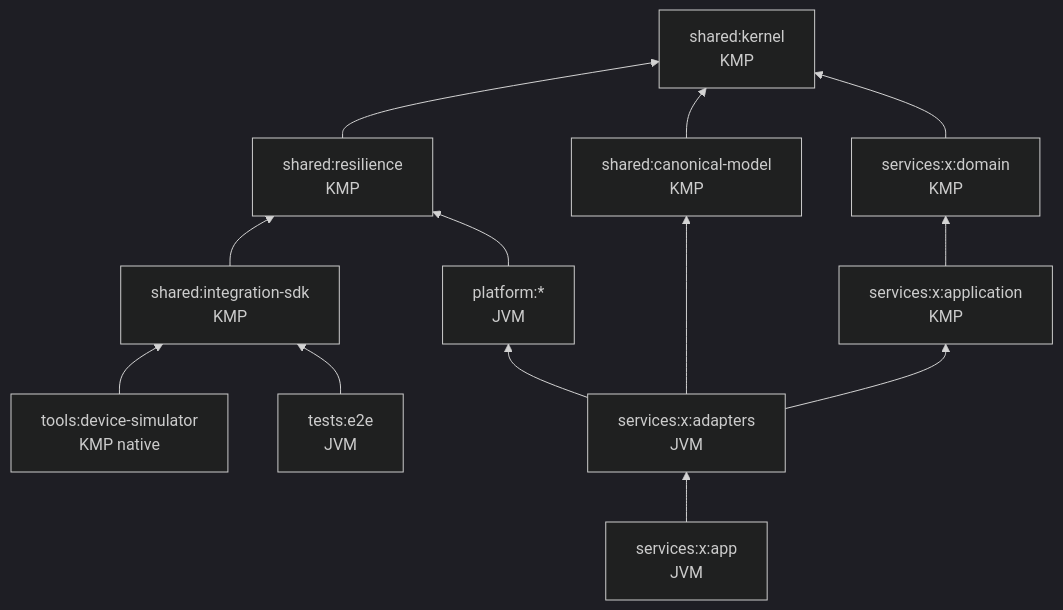
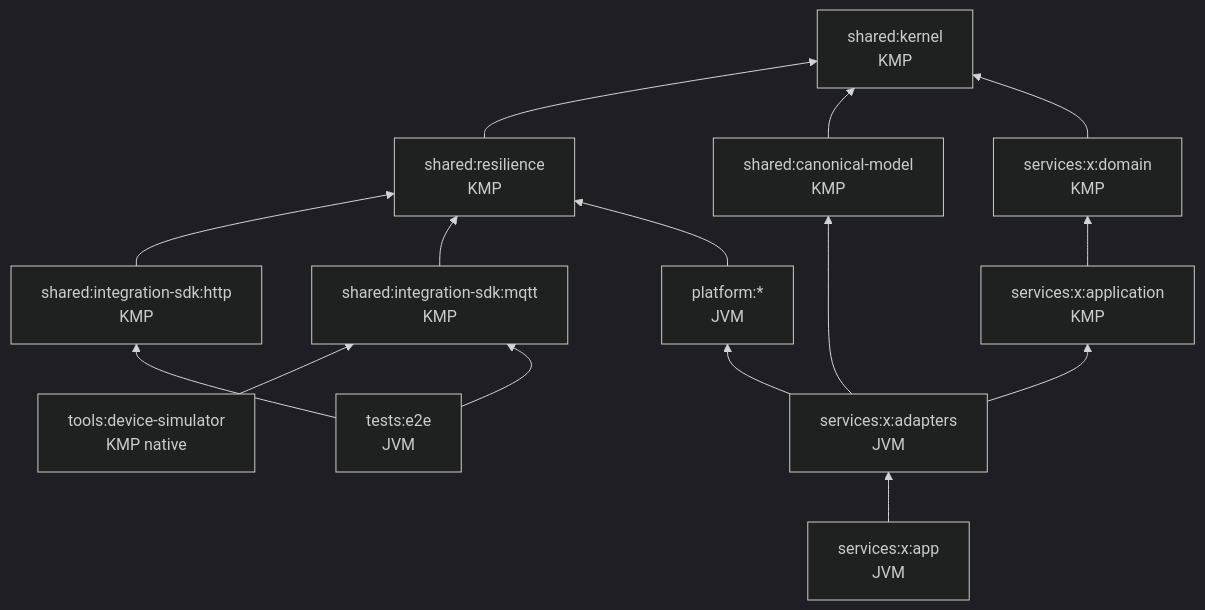
Before and after one commit to io0323/enterprise-integration-architecture-framework: the diagram in docs/implementation/MODULE_DESIGN.md, drawn with Mermaid (dark theme). The commit also changed other lines of this file and 25 other files, not shown here.

````diff
--- a/docs/implementation/MODULE_DESIGN.md
+++ b/docs/implementation/MODULE_DESIGN.md
@@ -30,16 +32,18 @@
 ```mermaid
 flowchart BT
   kernel[shared:kernel<br/>KMP]
   res[shared:resilience<br/>KMP] --> kernel
   canon[shared:canonical-model<br/>KMP] --> kernel
-  sdk[shared:integration-sdk<br/>KMP] --> res
+  sdkhttp[shared:integration-sdk:http<br/>KMP] --> res
+  sdkmqtt[shared:integration-sdk:mqtt<br/>KMP] --> res
   dom[services:x:domain<br/>KMP] --> kernel
   app[services:x:application<br/>KMP] --> dom
   adp[services:x:adapters<br/>JVM] --> app
   adp --> canon
   adp --> plat[platform:*<br/>JVM]
   plat --> res
   boot[services:x:app<br/>JVM] --> adp
-  sim[tools:device-simulator<br/>KMP native] --> sdk
-  e2e[tests:e2e<br/>JVM] --> sdk
+  sim[tools:device-simulator<br/>KMP native] --> sdkmqtt
+  e2e[tests:e2e<br/>JVM] --> sdkhttp
+  e2e --> sdkmqtt
 ```
````
